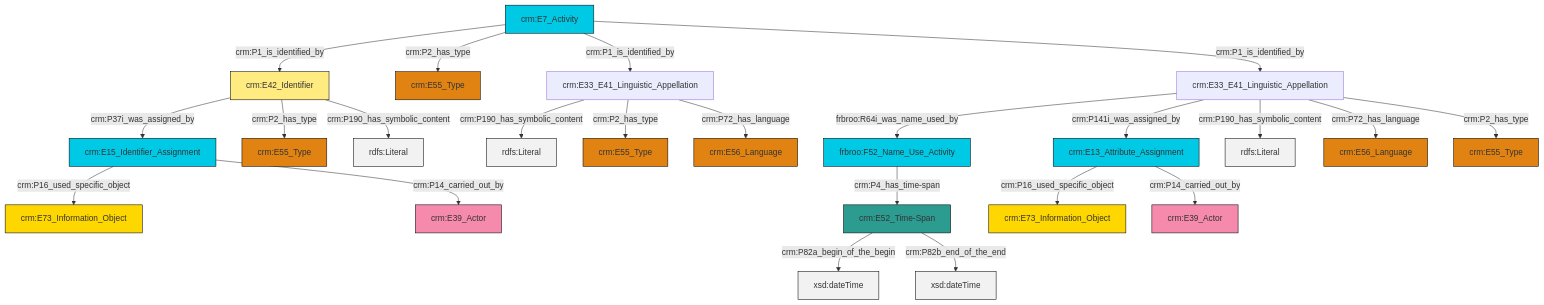
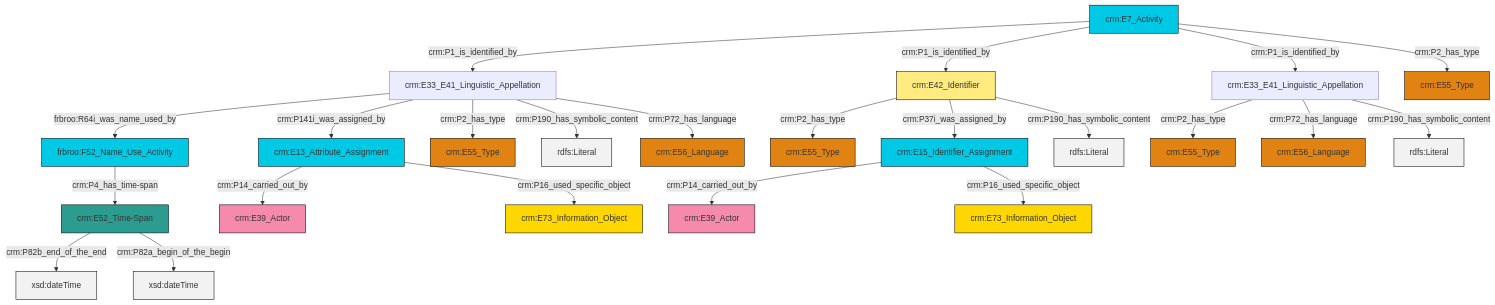
One commit to swiss-art-research-net/docs.swissartresearch changed the diagram in et/eventCSV/ttl/mmd/event_name.ttl.mmd. Above: the diagram before and after it, drawn with Mermaid. The commit also changed 205 other files, not shown here.

```diff
--- a/et/eventCSV/ttl/mmd/event_name.ttl.mmd
+++ b/et/eventCSV/ttl/mmd/event_name.ttl.mmd
@@ -1,37 +1,37 @@
 graph TD
 classDef Literal fill:#f2f2f2,stroke:#000000;
 classDef CRM_Entity fill:#FFFFFF,stroke:#000000;
 classDef Temporal_Entity fill:#00C9E6, stroke:#000000;
 classDef Type fill:#E18312, stroke:#000000;
 classDef Time-Span fill:#2C9C91, stroke:#000000;
 classDef Appellation fill:#FFEB7F, stroke:#000000;
 classDef Place fill:#008836, stroke:#000000;
 classDef Persistent_Item fill:#B266B2, stroke:#000000;
 classDef Conceptual_Object fill:#FFD700, stroke:#000000;
 classDef Physical_Thing fill:#D2B48C, stroke:#000000;
 classDef Actor fill:#f58aad, stroke:#000000;
 classDef PC_Classes fill:#4ce600, stroke:#000000;
 classDef Multi fill:#cccccc,stroke:#000000;
 
-0["crm:E52_Time-Span"]:::Time-Span -->|crm:P82a_begin_of_the_begin| 1[xsd:dateTime]:::Literal
-10["crm:E33_E41_Linguistic_Appellation"]:::Default -->|frbroo:R64i_was_name_used_by| 6["frbroo:F52_Name_Use_Activity"]:::Temporal_Entity
-12["crm:E15_Identifier_Assignment"]:::Temporal_Entity -->|crm:P16_used_specific_object| 13["crm:E73_Information_Object"]:::Conceptual_Object
-14["crm:E13_Attribute_Assignment"]:::Temporal_Entity -->|crm:P16_used_specific_object| 4["crm:E73_Information_Object"]:::Conceptual_Object
-15["crm:E7_Activity"]:::Temporal_Entity -->|crm:P1_is_identified_by| 16["crm:E42_Identifier"]:::Appellation
-17["crm:E33_E41_Linguistic_Appellation"]:::Default -->|crm:P190_has_symbolic_content| 18[rdfs:Literal]:::Literal
-15["crm:E7_Activity"]:::Temporal_Entity -->|crm:P2_has_type| 23["crm:E55_Type"]:::Type
-17["crm:E33_E41_Linguistic_Appellation"]:::Default -->|crm:P2_has_type| 8["crm:E55_Type"]:::Type
-15["crm:E7_Activity"]:::Temporal_Entity -->|crm:P1_is_identified_by| 17["crm:E33_E41_Linguistic_Appellation"]:::Default
-0["crm:E52_Time-Span"]:::Time-Span -->|crm:P82b_end_of_the_end| 30[xsd:dateTime]:::Literal
-15["crm:E7_Activity"]:::Temporal_Entity -->|crm:P1_is_identified_by| 10["crm:E33_E41_Linguistic_Appellation"]:::Default
-10["crm:E33_E41_Linguistic_Appellation"]:::Default -->|crm:P141i_was_assigned_by| 14["crm:E13_Attribute_Assignment"]:::Temporal_Entity
-16["crm:E42_Identifier"]:::Appellation -->|crm:P37i_was_assigned_by| 12["crm:E15_Identifier_Assignment"]:::Temporal_Entity
-14["crm:E13_Attribute_Assignment"]:::Temporal_Entity -->|crm:P14_carried_out_by| 2["crm:E39_Actor"]:::Actor
-16["crm:E42_Identifier"]:::Appellation -->|crm:P2_has_type| 27["crm:E55_Type"]:::Type
-17["crm:E33_E41_Linguistic_Appellation"]:::Default -->|crm:P72_has_language| 19["crm:E56_Language"]:::Type
-10["crm:E33_E41_Linguistic_Appellation"]:::Default -->|crm:P190_has_symbolic_content| 38[rdfs:Literal]:::Literal
-10["crm:E33_E41_Linguistic_Appellation"]:::Default -->|crm:P72_has_language| 21["crm:E56_Language"]:::Type
-6["frbroo:F52_Name_Use_Activity"]:::Temporal_Entity -->|crm:P4_has_time-span| 0["crm:E52_Time-Span"]:::Time-Span
-10["crm:E33_E41_Linguistic_Appellation"]:::Default -->|crm:P2_has_type| 36["crm:E55_Type"]:::Type
-12["crm:E15_Identifier_Assignment"]:::Temporal_Entity -->|crm:P14_carried_out_by| 25["crm:E39_Actor"]:::Actor
-16["crm:E42_Identifier"]:::Appellation -->|crm:P190_has_symbolic_content| 40[rdfs:Literal]:::Literal
+6["crm:E33_E41_Linguistic_Appellation"]:::Default -->|frbroo:R64i_was_name_used_by| 7["frbroo:F52_Name_Use_Activity"]:::Temporal_Entity
+2["crm:E52_Time-Span"]:::Time-Span -->|crm:P82b_end_of_the_end| 8[xsd:dateTime]:::Literal
+11["crm:E13_Attribute_Assignment"]:::Temporal_Entity -->|crm:P14_carried_out_by| 19["crm:E39_Actor"]:::Actor
+20["crm:E15_Identifier_Assignment"]:::Temporal_Entity -->|crm:P14_carried_out_by| 0["crm:E39_Actor"]:::Actor
+11["crm:E13_Attribute_Assignment"]:::Temporal_Entity -->|crm:P16_used_specific_object| 21["crm:E73_Information_Object"]:::Conceptual_Object
+7["frbroo:F52_Name_Use_Activity"]:::Temporal_Entity -->|crm:P4_has_time-span| 2["crm:E52_Time-Span"]:::Time-Span
+23["crm:E33_E41_Linguistic_Appellation"]:::Default -->|crm:P2_has_type| 4["crm:E55_Type"]:::Type
+23["crm:E33_E41_Linguistic_Appellation"]:::Default -->|crm:P72_has_language| 24["crm:E56_Language"]:::Type
+23["crm:E33_E41_Linguistic_Appellation"]:::Default -->|crm:P190_has_symbolic_content| 27[rdfs:Literal]:::Literal
+2["crm:E52_Time-Span"]:::Time-Span -->|crm:P82a_begin_of_the_begin| 30[xsd:dateTime]:::Literal
+9["crm:E7_Activity"]:::Temporal_Entity -->|crm:P1_is_identified_by| 6["crm:E33_E41_Linguistic_Appellation"]:::Default
+31["crm:E42_Identifier"]:::Appellation -->|crm:P2_has_type| 15["crm:E55_Type"]:::Type
+9["crm:E7_Activity"]:::Temporal_Entity -->|crm:P1_is_identified_by| 31["crm:E42_Identifier"]:::Appellation
+31["crm:E42_Identifier"]:::Appellation -->|crm:P37i_was_assigned_by| 20["crm:E15_Identifier_Assignment"]:::Temporal_Entity
+9["crm:E7_Activity"]:::Temporal_Entity -->|crm:P1_is_identified_by| 23["crm:E33_E41_Linguistic_Appellation"]:::Default
+6["crm:E33_E41_Linguistic_Appellation"]:::Default -->|crm:P141i_was_assigned_by| 11["crm:E13_Attribute_Assignment"]:::Temporal_Entity
+6["crm:E33_E41_Linguistic_Appellation"]:::Default -->|crm:P2_has_type| 13["crm:E55_Type"]:::Type
+31["crm:E42_Identifier"]:::Appellation -->|crm:P190_has_symbolic_content| 37[rdfs:Literal]:::Literal
+9["crm:E7_Activity"]:::Temporal_Entity -->|crm:P2_has_type| 33["crm:E55_Type"]:::Type
+6["crm:E33_E41_Linguistic_Appellation"]:::Default -->|crm:P190_has_symbolic_content| 40[rdfs:Literal]:::Literal
+20["crm:E15_Identifier_Assignment"]:::Temporal_Entity -->|crm:P16_used_specific_object| 17["crm:E73_Information_Object"]:::Conceptual_Object
+6["crm:E33_E41_Linguistic_Appellation"]:::Default -->|crm:P72_has_language| 38["crm:E56_Language"]:::Type
```
